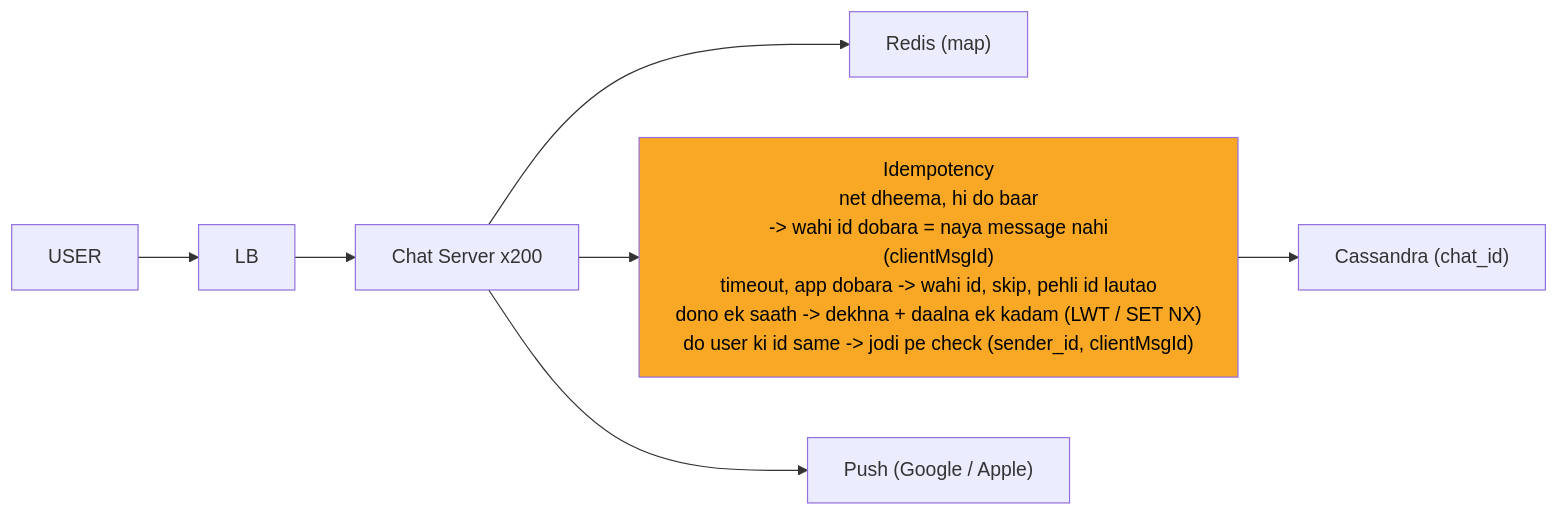
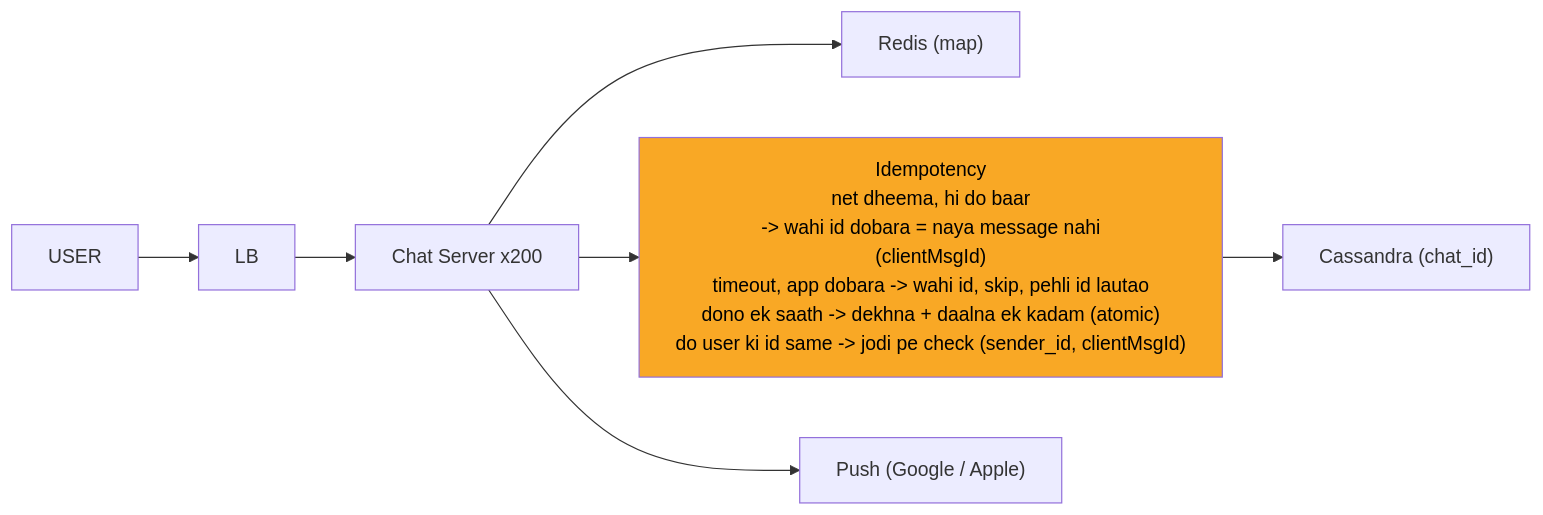
Before and after one commit to ArpanMaheshwari144/Prep: the sixth of 12 diagrams in 04_HLD/SYSTEM_DESIGNS/14_chat_messaging/14_chat_messaging.md, drawn with Mermaid. The commit also changed other lines of this file and 13 other files, not shown here.

````diff
--- a/04_HLD/SYSTEM_DESIGNS/14_chat_messaging/14_chat_messaging.md
+++ b/04_HLD/SYSTEM_DESIGNS/14_chat_messaging/14_chat_messaging.md
@@ -263,18 +263,18 @@
 ```mermaid
 %%{init: {"flowchart": {"wrappingWidth": 450}}}%%
 flowchart LR
     n_U["USER"]
     n_LB["LB"]
     n_CS["Chat Server x200"]
     n_R["Redis (map)"]
-    n_I["Idempotency<br/>net dheema, hi do baar<br/>-> wahi id dobara = naya message nahi<br/>(clientMsgId)<br/>timeout, app dobara -> wahi id, skip, pehli id lautao<br/>dono ek saath -> dekhna + daalna ek kadam (LWT / SET NX)<br/>do user ki id same -> jodi pe check (sender_id, clientMsgId)"]
+    n_I["Idempotency<br/>net dheema, hi do baar<br/>-> wahi id dobara = naya message nahi<br/>(clientMsgId)<br/>timeout, app dobara -> wahi id, skip, pehli id lautao<br/>dono ek saath -> dekhna + daalna ek kadam (atomic)<br/>do user ki id same -> jodi pe check (sender_id, clientMsgId)"]
     n_CA["Cassandra (chat_id)"]
     n_P["Push (Google / Apple)"]
     n_U --> n_LB
     n_LB --> n_CS
     n_CS --> n_R
     n_CS --> n_I
     n_I --> n_CA
     n_CS --> n_P
     style n_I fill:#f9a825,color:#000
 ```
````
